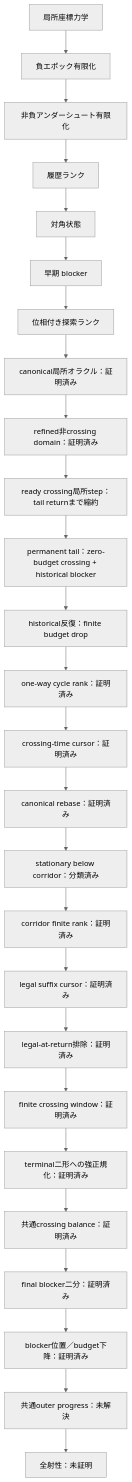
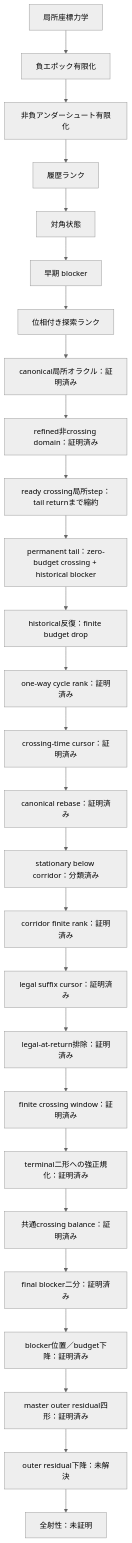
One commit to hirokidaichi/recaman-lean-research changed the diagram in README.md. Above: the diagram before and after it, drawn with Mermaid (neutral theme). The commit also changed other lines of this file and 9 other files, not shown here.

````diff
--- a/README.md
+++ b/README.md
@@ -137,28 +140,29 @@
 ```mermaid
 flowchart TD
     A["局所座標力学"] --> B["負エポック有限化"]
     B --> C["非負アンダーシュート有限化"]
     C --> D["履歴ランク"]
     D --> E["対角状態"]
     E --> F["早期 blocker"]
     F --> G["位相付き探索ランク"]
     G --> H["canonical局所オラクル：証明済み"]
     H --> I["refined非crossing domain：証明済み"]
     I --> J["ready crossing局所step：tail returnまで縮約"]
     J --> K["permanent tail：zero-budget crossing + historical blocker"]
     K --> L["historical反復：finite budget drop"]
     L --> M["one-way cycle rank：証明済み"]
     M --> N["crossing-time cursor：証明済み"]
     N --> O["canonical rebase：証明済み"]
     O --> P["stationary below corridor：分類済み"]
     P --> Q["corridor finite rank：証明済み"]
     Q --> R["legal suffix cursor：証明済み"]
     R --> S["legal-at-return排除：証明済み"]
     S --> T["finite crossing window：証明済み"]
     T --> U["terminal二形への強正規化：証明済み"]
     U --> V["共通crossing balance：証明済み"]
     V --> W["final blocker二分：証明済み"]
     W --> X["blocker位置／budget下降：証明済み"]
-    X --> Y["共通outer progress：未解決"]
-    Y --> Z["全射性：未証明"]
+    X --> Y["master outer residual四形：証明済み"]
+    Y --> Z["outer residual下降：未解決"]
+    Z --> AA["全射性：未証明"]
 ```
````
